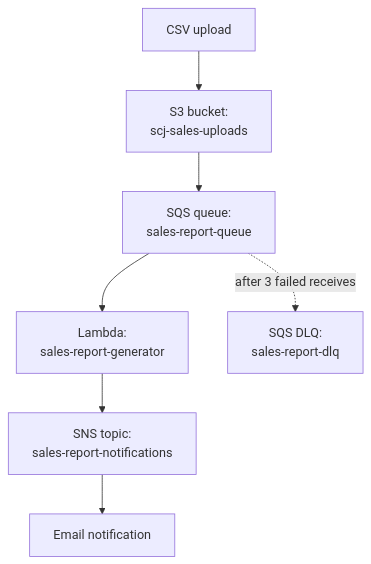
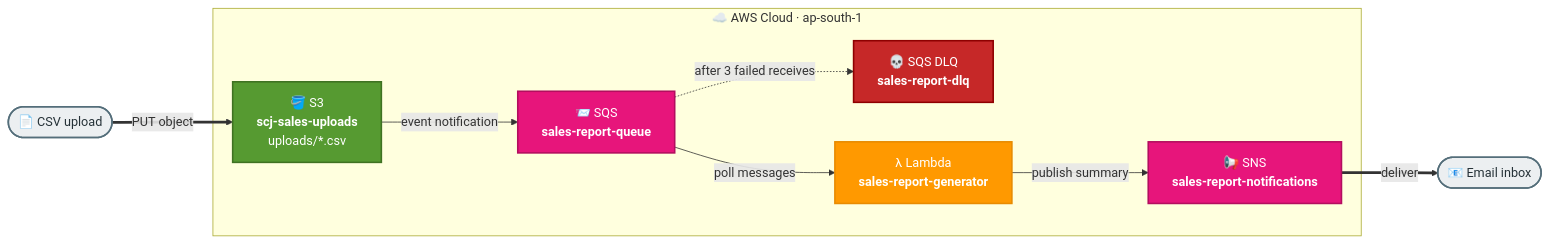
Before and after one commit to abhi-achar/aws-hands-on-training: the diagram in week1/task2-dynamodb/README.md, drawn with Mermaid. The commit also changed 9 other files, not shown here.

Commit message:
docs: enhance architecture diagrams with AWS color-coding and detail

````diff
--- a/week1/task2-dynamodb/README.md
+++ b/week1/task2-dynamodb/README.md
@@ -7,9 +7,24 @@
 ```mermaid
-flowchart TD
-    Upload["CSV upload"] --> S3["S3 bucket:<br/>scj-sales-uploads"]
-    S3 --> SQS["SQS queue:<br/>sales-report-queue"]
-    SQS --> Lambda["Lambda:<br/>sales-report-generator"]
-    Lambda --> SNS["SNS topic:<br/>sales-report-notifications"]
-    SNS --> Email["Email notification"]
-    SQS -. "after 3 failed receives" .-> DLQ["SQS DLQ:<br/>sales-report-dlq"]
+flowchart LR
+    Upload(["📄 CSV upload"]):::client
+    subgraph AWS["☁️ AWS Cloud · ap-south-1"]
+        S3["🪣 S3<br/><b>scj-sales-uploads</b><br/>uploads/*.csv"]:::storage
+        SQS["📨 SQS<br/><b>sales-report-queue</b>"]:::messaging
+        DLQ["💀 SQS DLQ<br/><b>sales-report-dlq</b>"]:::fail
+        Lambda["λ Lambda<br/><b>sales-report-generator</b>"]:::lambda
+        SNS["📢 SNS<br/><b>sales-report-notifications</b>"]:::messaging
+    end
+    Email(["📧 Email inbox"]):::client
+    Upload ==>|"PUT object"| S3
+    S3 -->|"event notification"| SQS
+    SQS -->|"poll messages"| Lambda
+    Lambda -->|"publish summary"| SNS
+    SNS ==>|"deliver"| Email
+    SQS -.->|"after 3 failed receives"| DLQ
+
+    classDef client fill:#ECEFF1,stroke:#546E7A,stroke-width:2px,color:#263238
+    classDef storage fill:#569A31,stroke:#3F7222,stroke-width:2px,color:#ffffff
+    classDef messaging fill:#E7157B,stroke:#B30E5F,stroke-width:2px,color:#ffffff
+    classDef lambda fill:#FF9900,stroke:#E88B00,stroke-width:2px,color:#ffffff
+    classDef fail fill:#C62828,stroke:#8E0000,stroke-width:2px,color:#ffffff
 ```
````
